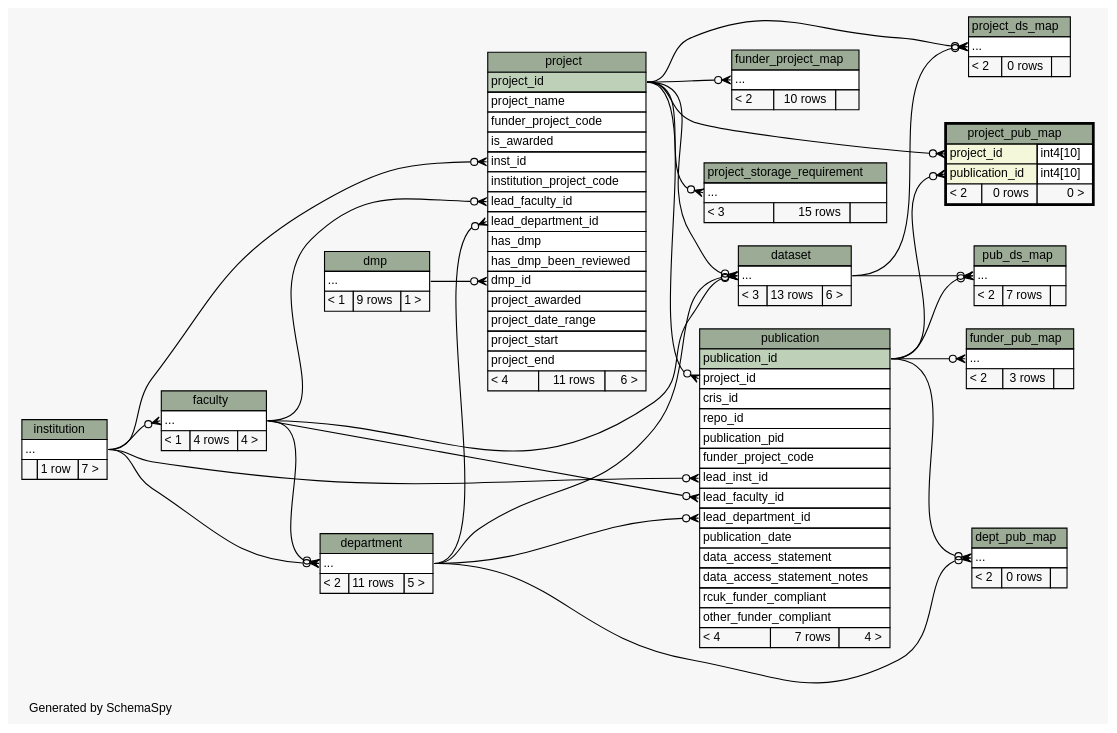
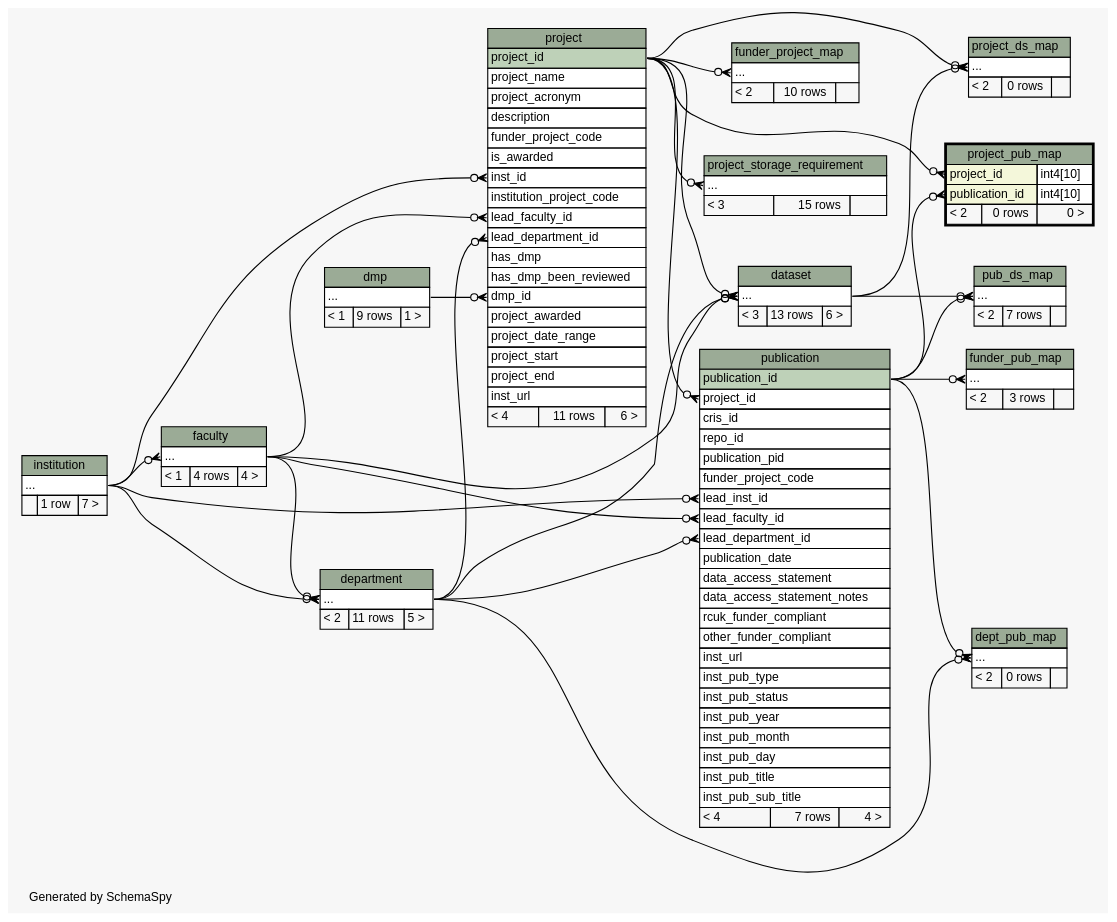
Before and after one commit to lulibrary/dmao_infrastructure: the diagram in ss.out/diagrams/project_pub_map.2degrees.dot, drawn with Graphviz. The commit also changed 120 other files, not shown here.

```diff
--- a/ss.out/diagrams/project_pub_map.2degrees.dot
+++ b/ss.out/diagrams/project_pub_map.2degrees.dot
@@ -1,4 +1,4 @@
-// dot 2.36.0 on Linux 3.13.0-62-generic
+// dot 2.38.0 on Linux 3.16.0-4-amd64
 // SchemaSpy rev 590
 digraph "twoDegreesRelationshipsDiagram" {
   graph [
@@ -130,6 +130,8 @@
       <TR><TD COLSPAN="3" BGCOLOR="#9bab96" ALIGN="CENTER">project</TD></TR>
       <TR><TD PORT="project_id" COLSPAN="3" BGCOLOR="#bed1b8" ALIGN="LEFT">project_id</TD></TR>
       <TR><TD PORT="project_name" COLSPAN="3" ALIGN="LEFT">project_name</TD></TR>
+      <TR><TD PORT="project_acronym" COLSPAN="3" ALIGN="LEFT">project_acronym</TD></TR>
+      <TR><TD PORT="description" COLSPAN="3" ALIGN="LEFT">description</TD></TR>
       <TR><TD PORT="funder_project_code" COLSPAN="3" ALIGN="LEFT">funder_project_code</TD></TR>
       <TR><TD PORT="is_awarded" COLSPAN="3" ALIGN="LEFT">is_awarded</TD></TR>
       <TR><TD PORT="inst_id" COLSPAN="3" ALIGN="LEFT">inst_id</TD></TR>
@@ -143,6 +145,7 @@
       <TR><TD PORT="project_date_range" COLSPAN="3" ALIGN="LEFT">project_date_range</TD></TR>
       <TR><TD PORT="project_start" COLSPAN="3" ALIGN="LEFT">project_start</TD></TR>
       <TR><TD PORT="project_end" COLSPAN="3" ALIGN="LEFT">project_end</TD></TR>
+      <TR><TD PORT="inst_url" COLSPAN="3" ALIGN="LEFT">inst_url</TD></TR>
       <TR><TD ALIGN="LEFT" BGCOLOR="#f7f7f7">&lt; 4</TD><TD ALIGN="RIGHT" BGCOLOR="#f7f7f7">11 rows</TD><TD ALIGN="RIGHT" BGCOLOR="#f7f7f7">6 &gt;</TD></TR>
     </TABLE>>
     URL="project.html"
@@ -207,6 +210,14 @@
       <TR><TD PORT="data_access_statement_notes" COLSPAN="3" ALIGN="LEFT">data_access_statement_notes</TD></TR>
       <TR><TD PORT="rcuk_funder_compliant" COLSPAN="3" ALIGN="LEFT">rcuk_funder_compliant</TD></TR>
       <TR><TD PORT="other_funder_compliant" COLSPAN="3" ALIGN="LEFT">other_funder_compliant</TD></TR>
+      <TR><TD PORT="inst_url" COLSPAN="3" ALIGN="LEFT">inst_url</TD></TR>
+      <TR><TD PORT="inst_pub_type" COLSPAN="3" ALIGN="LEFT">inst_pub_type</TD></TR>
+      <TR><TD PORT="inst_pub_status" COLSPAN="3" ALIGN="LEFT">inst_pub_status</TD></TR>
+      <TR><TD PORT="inst_pub_year" COLSPAN="3" ALIGN="LEFT">inst_pub_year</TD></TR>
+      <TR><TD PORT="inst_pub_month" COLSPAN="3" ALIGN="LEFT">inst_pub_month</TD></TR>
+      <TR><TD PORT="inst_pub_day" COLSPAN="3" ALIGN="LEFT">inst_pub_day</TD></TR>
+      <TR><TD PORT="inst_pub_title" COLSPAN="3" ALIGN="LEFT">inst_pub_title</TD></TR>
+      <TR><TD PORT="inst_pub_sub_title" COLSPAN="3" ALIGN="LEFT">inst_pub_sub_title</TD></TR>
       <TR><TD ALIGN="LEFT" BGCOLOR="#f7f7f7">&lt; 4</TD><TD ALIGN="RIGHT" BGCOLOR="#f7f7f7">7 rows</TD><TD ALIGN="RIGHT" BGCOLOR="#f7f7f7">4 &gt;</TD></TR>
     </TABLE>>
     URL="publication.html"
```
